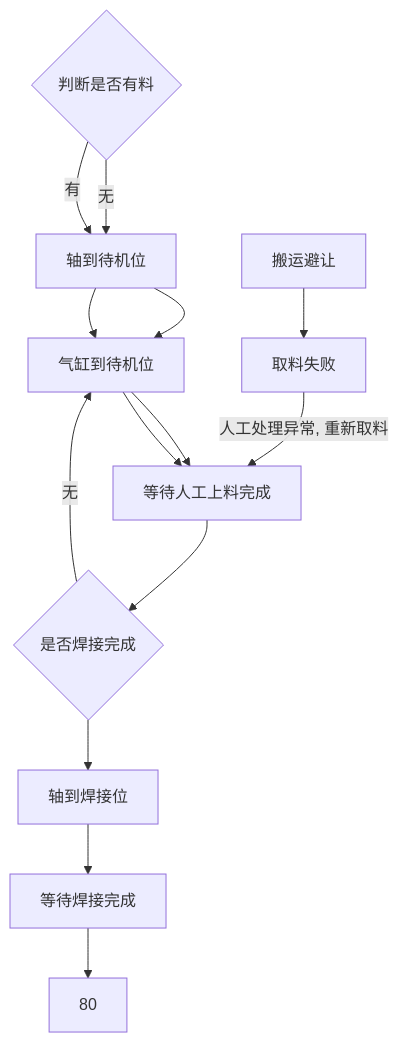
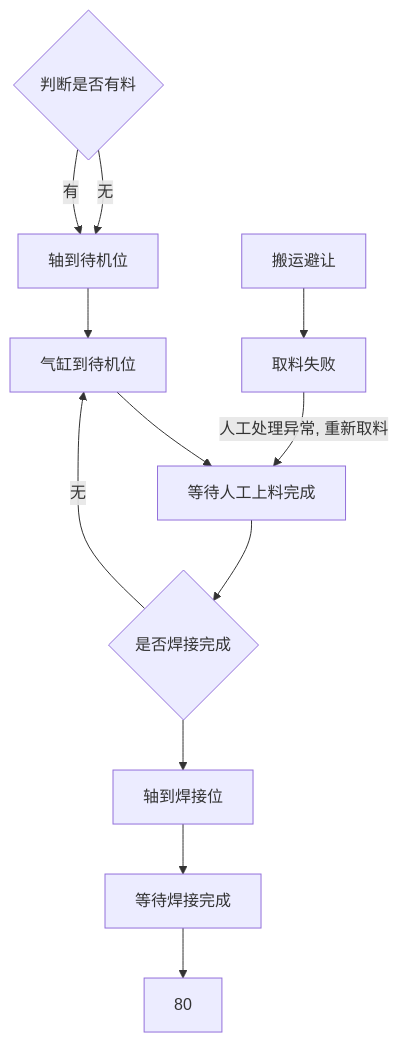
The diagram in all/OP10 上料工位自动流程.md (PengKun1/iodraw-files), drawn with Mermaid before and after one commit.

Commit message:
2024-08-02 11:00:39 update

````diff
--- a/all/OP10 上料工位自动流程.md
+++ b/all/OP10 上料工位自动流程.md
@@ -1,21 +1,18 @@
 ```mermaid
 graph TD
 10{判断是否有料}-->|无|20
 10-->|有|20
 20[轴到待机位]-->30
 30[气缸到待机位]-->40
 40[等待人工上料完成]-->50
 50[气缸固定]-->60
 60[轴到焊接位]-->70
 70[等待焊接完成]-->80
-20[轴到待机位]-->30
-30[气缸到待机位]-->40
-
 50{是否焊接完成}-->|无|30
 
 
 
 90[搬运避让]-->900
 
 900[取料失败]-->|人工处理异常, 重新取料|40
 ```
````
